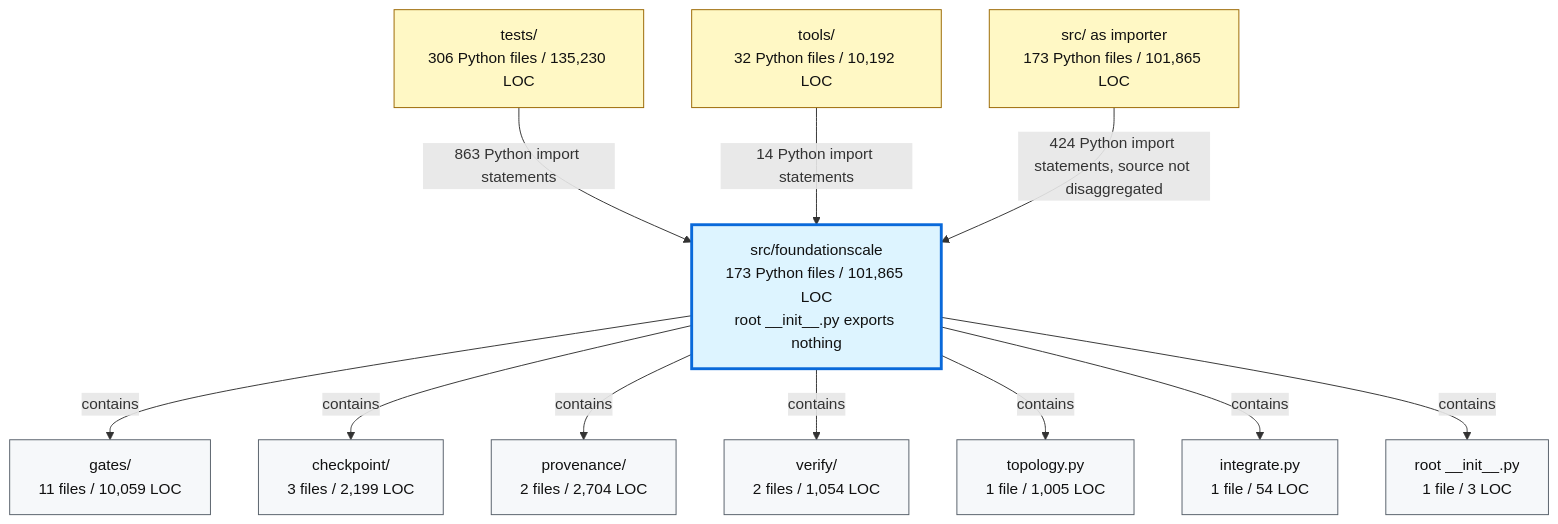
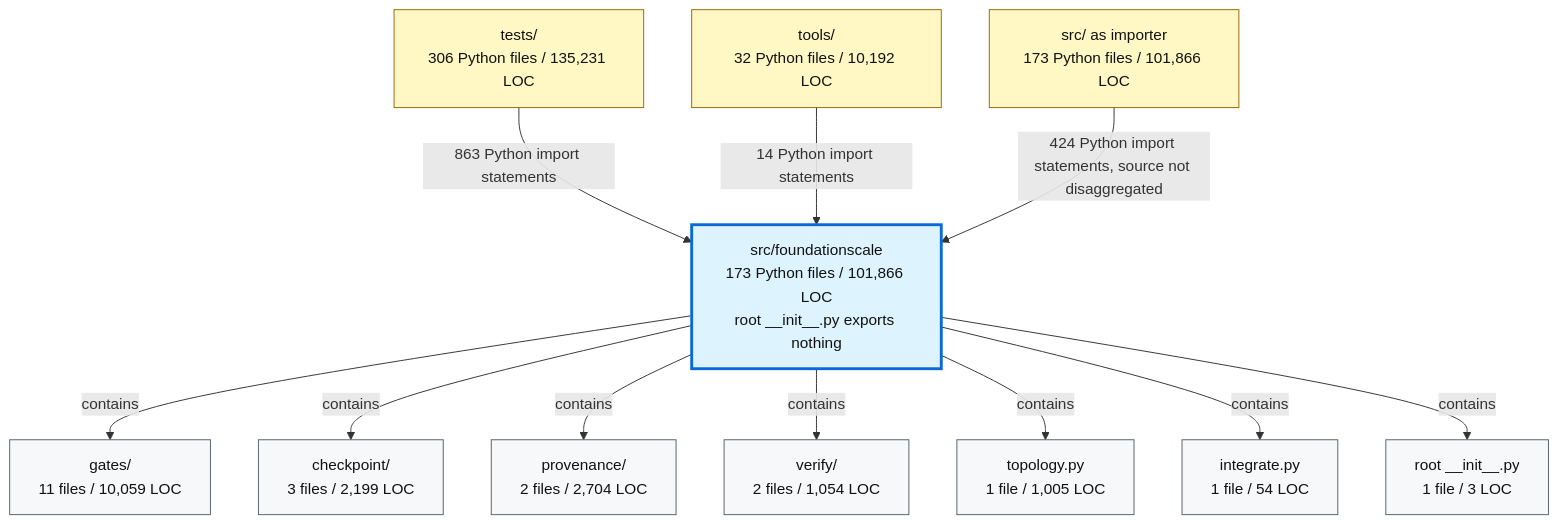
The second of 2 diagrams in docs/review/D2_current_architecture.md (TranNhiem/FoundationScale), drawn with Mermaid before and after one commit. The commit also changed other lines of this file and 10 other files, not shown here.

````diff
--- a/docs/review/D2_current_architecture.md
+++ b/docs/review/D2_current_architecture.md
@@ -97,36 +97,36 @@
 ```mermaid
 flowchart TB
-  TESTS["tests/<br/>306 Python files / 135,230 LOC"]
+  TESTS["tests/<br/>306 Python files / 135,231 LOC"]
   TOOLS["tools/<br/>32 Python files / 10,192 LOC"]
-  SRC["src/ as importer<br/>173 Python files / 101,865 LOC"]
+  SRC["src/ as importer<br/>173 Python files / 101,866 LOC"]
 
-  FS["src/foundationscale<br/>173 Python files / 101,865 LOC<br/>root __init__.py exports nothing"]
+  FS["src/foundationscale<br/>173 Python files / 101,866 LOC<br/>root __init__.py exports nothing"]
 
   GATES["gates/<br/>11 files / 10,059 LOC"]
   CKPT["checkpoint/<br/>3 files / 2,199 LOC"]
   PROV["provenance/<br/>2 files / 2,704 LOC"]
   VERIFY["verify/<br/>2 files / 1,054 LOC"]
   TOPO["topology.py<br/>1 file / 1,005 LOC"]
   INTEG["integrate.py<br/>1 file / 54 LOC"]
   ROOT["root __init__.py<br/>1 file / 3 LOC"]
 
   TESTS -->|"863 Python import statements"| FS
   TOOLS -->|"14 Python import statements"| FS
   SRC -->|"424 Python import statements, source not disaggregated"| FS
 
   FS -->|"contains"| GATES
   FS -->|"contains"| CKPT
   FS -->|"contains"| PROV
   FS -->|"contains"| VERIFY
   FS -->|"contains"| TOPO
   FS -->|"contains"| INTEG
   FS -->|"contains"| ROOT
 
   classDef consumer fill:#fff8c5,stroke:#9a6700,color:#111;
   classDef package fill:#ddf4ff,stroke:#0969da,stroke-width:3px,color:#111;
   classDef module fill:#f6f8fa,stroke:#57606a,color:#111;
 
   class TESTS,TOOLS,SRC consumer;
   class FS package;
   class GATES,CKPT,PROV,VERIFY,TOPO,INTEG,ROOT module;
 ```
````
